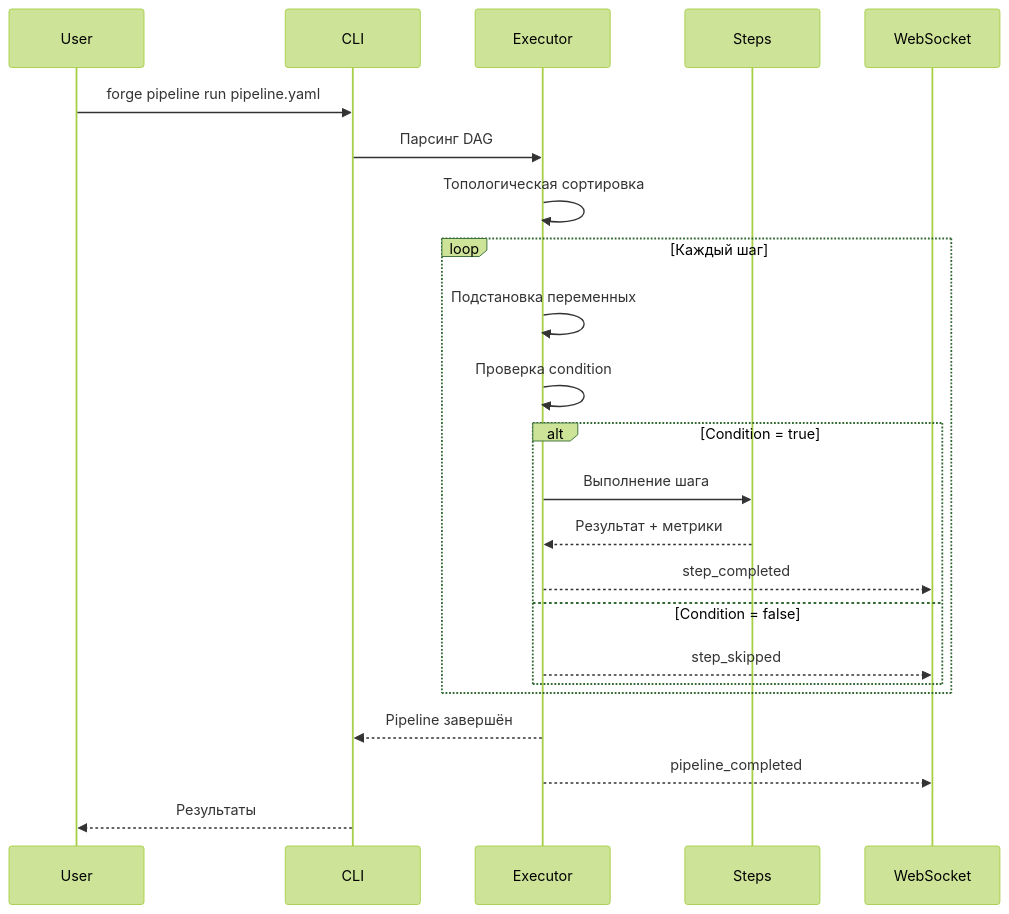
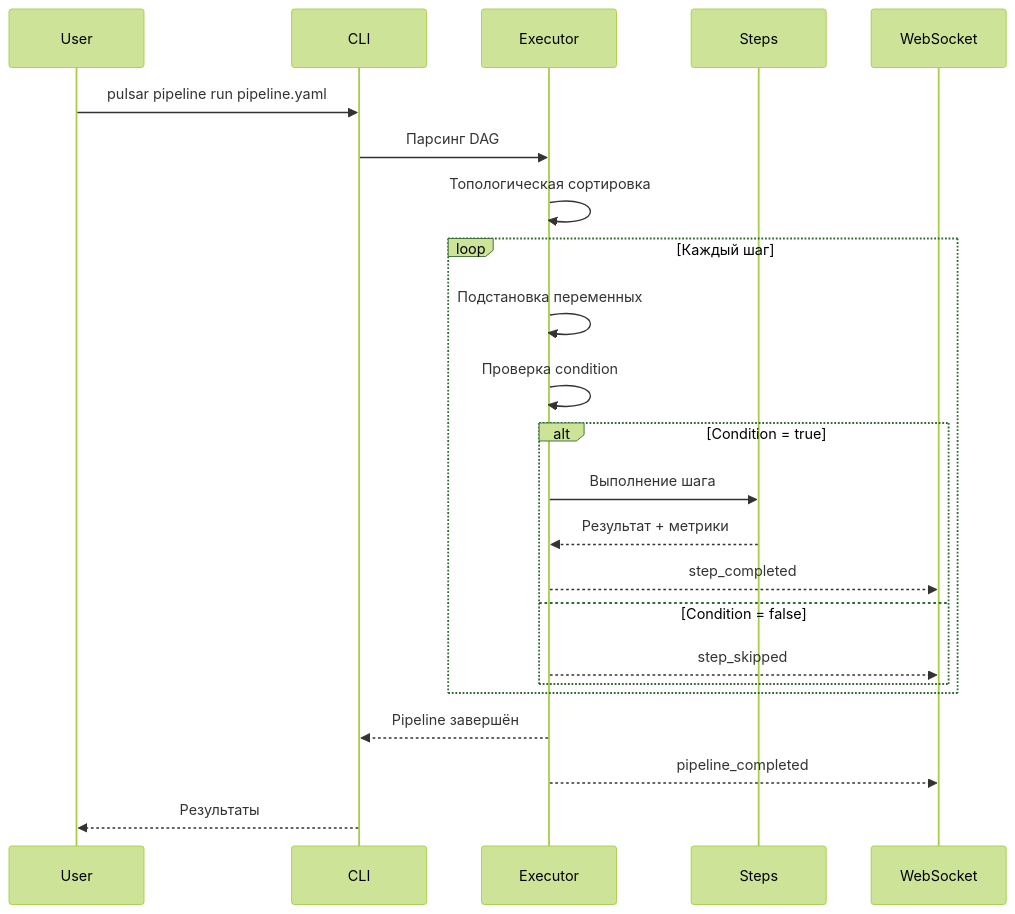
The fourth of 4 diagrams in docs/concepts/architecture.md (VasilyKolbenev/LLM-forge_v1), drawn with Mermaid (forest theme) before and after one commit. The commit also changed other lines of this file and 72 other files, not shown here.

````diff
--- a/docs/concepts/architecture.md
+++ b/docs/concepts/architecture.md
@@ -214,26 +214,26 @@
 ```mermaid
 sequenceDiagram
     participant User
     participant CLI
     participant Executor
     participant Steps
     participant WS as WebSocket
 
-    User->>CLI: forge pipeline run pipeline.yaml
+    User->>CLI: pulsar pipeline run pipeline.yaml
     CLI->>Executor: Парсинг DAG
     Executor->>Executor: Топологическая сортировка
     loop Каждый шаг
         Executor->>Executor: Подстановка переменных
         Executor->>Executor: Проверка condition
         alt Condition = true
             Executor->>Steps: Выполнение шага
             Steps-->>Executor: Результат + метрики
             Executor-->>WS: step_completed
         else Condition = false
             Executor-->>WS: step_skipped
         end
     end
     Executor-->>CLI: Pipeline завершён
     Executor-->>WS: pipeline_completed
     CLI-->>User: Результаты
 ```
````
